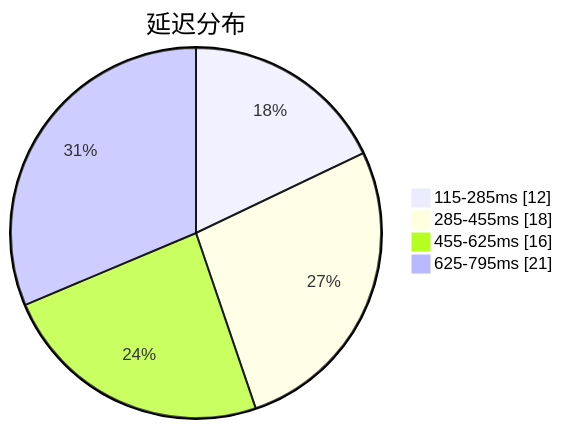
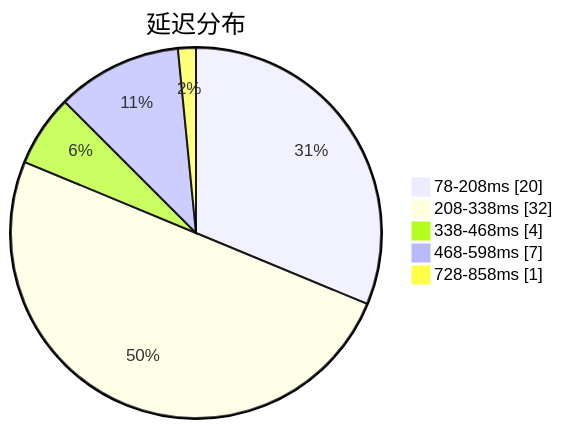
One commit to sinspired/airport changed the first of 3 diagrams in subs/statistics/tested_within.md. Above: the diagram before and after it, drawn with Mermaid. The commit also changed other lines of this file and 2 other files, not shown here.

````diff
--- a/subs/statistics/tested_within.md
+++ b/subs/statistics/tested_within.md
@@ -2,8 +2,9 @@
 ```mermaid
 pie showData
 title 延迟分布
-"115-285ms" : 12
-"285-455ms" : 18
-"455-625ms" : 16
-"625-795ms" : 21
+"78-208ms" : 20
+"208-338ms" : 32
+"338-468ms" : 4
+"468-598ms" : 7
+"728-858ms" : 1
 ```
````
